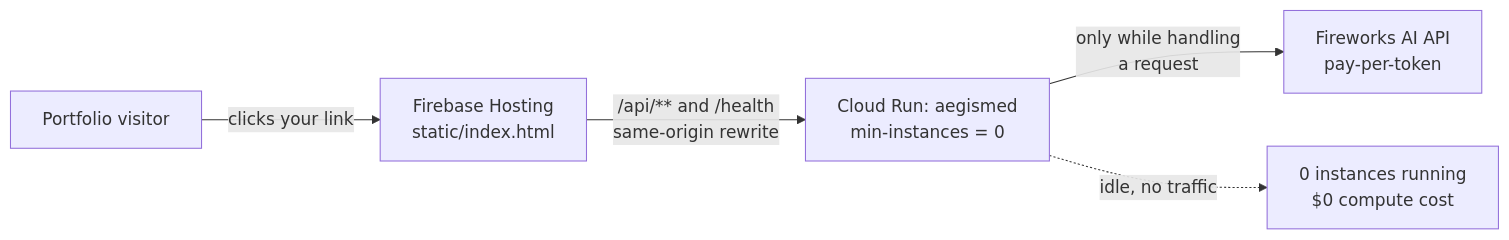
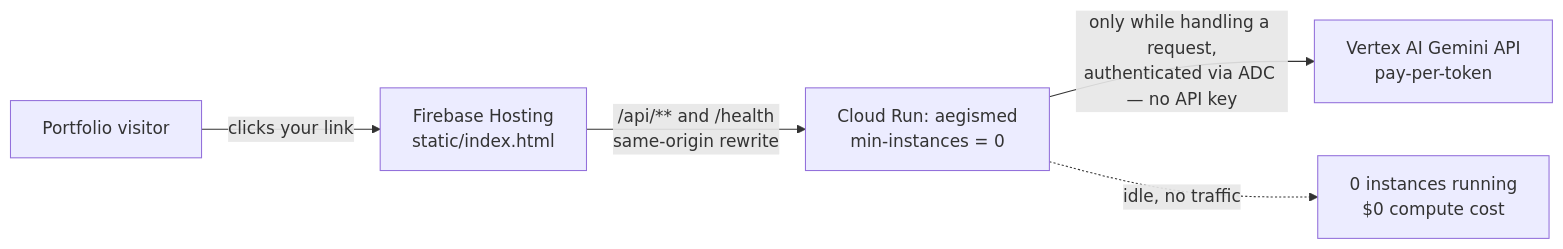
The diagram in docs/DEPLOYMENT.md (Wachirawut2023/AegisMed), drawn with Mermaid before and after one commit. The commit also changed other lines of this file and 14 other files, not shown here.

````diff
--- a/docs/DEPLOYMENT.md
+++ b/docs/DEPLOYMENT.md
@@ -29,7 +31,7 @@
 ```mermaid
 flowchart LR
     V[Portfolio visitor] -->|clicks your link| FH[Firebase Hosting<br>static/index.html]
     FH -->|"/api/** and /health<br>same-origin rewrite"| CR[Cloud Run: aegismed<br>min-instances = 0]
-    CR -->|only while handling<br>a request| FW[Fireworks AI API<br>pay-per-token]
+    CR -->|only while handling a request,<br>authenticated via ADC — no API key| VX[Vertex AI Gemini API<br>pay-per-token]
     CR -.->|idle, no traffic| Z[0 instances running<br>$0 compute cost]
 ```
````
